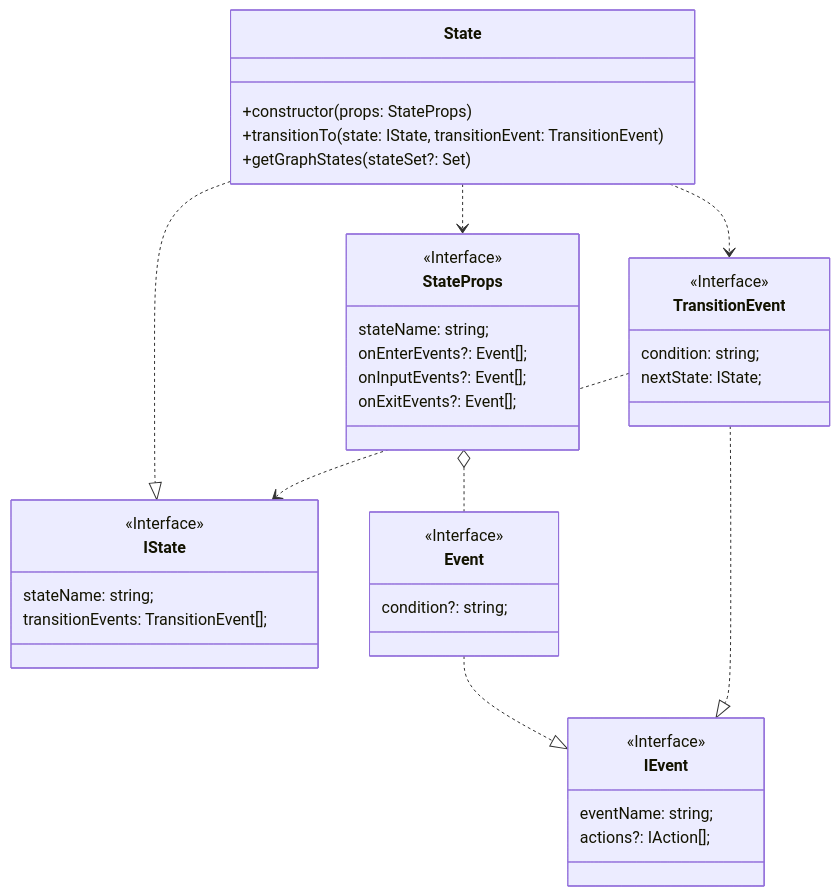
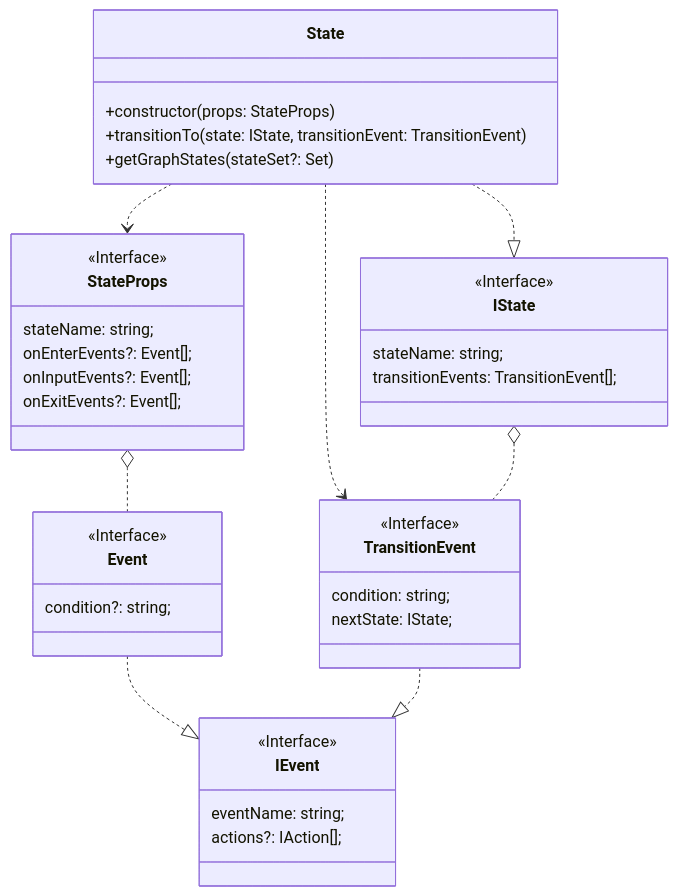
One commit to yamatatsu/zenn-contents changed the third of 3 diagrams in articles/2021-11-25-aws-cdk-iotevents-l2.md. Above: the diagram before and after it, drawn with Mermaid.

Commit message:
fix iotevents graph

````diff
--- a/articles/2021-11-25-aws-cdk-iotevents-l2.md
+++ b/articles/2021-11-25-aws-cdk-iotevents-l2.md
@@ -64,42 +64,42 @@
 ```mermaid
 classDiagram
   State ..> StateProps
   State ..> TransitionEvent
   State ..|> IState
   StateProps o.. Event
-  TransitionEvent ..> IState
+  IState o.. TransitionEvent
   Event ..|> IEvent
   TransitionEvent ..|> IEvent
 
   class State {
     +constructor(props: StateProps)
     +transitionTo(state: IState, transitionEvent: TransitionEvent)
     +getGraphStates(stateSet?: Set<State>)
   }
   class StateProps {
     stateName: string;
     onEnterEvents?: Event[];
     onInputEvents?: Event[];
     onExitEvents?: Event[];
   }
   <<Interface>> StateProps
   class Event {
     condition?: string;
   }
   <<Interface>> Event
   class TransitionEvent {
     condition: string;
     nextState: IState;
   }
   <<Interface>> TransitionEvent
   class IState {
     stateName: string;
     transitionEvents: TransitionEvent[];
   }
   <<Interface>> IState
   class IEvent {
     eventName: string;
     actions?: IAction[];
   }
   <<Interface>> IEvent
 ```
````
